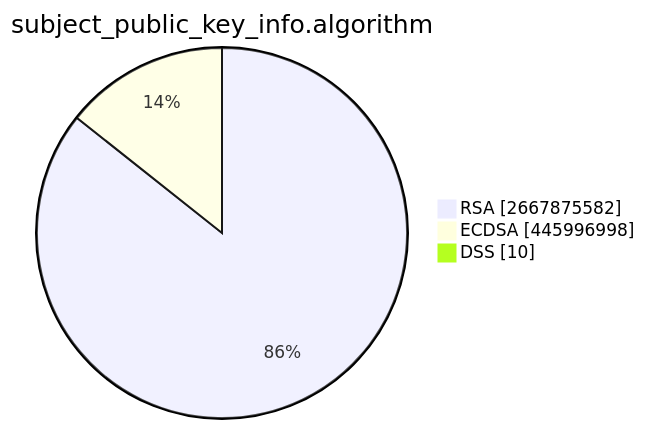
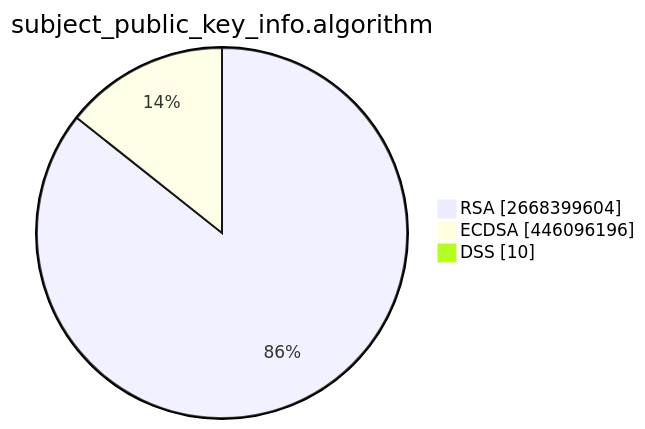
The second of 15 diagrams in TOTAL/README.md (christiankrug/ctmonitor_visualization), drawn with Mermaid before and after one commit. The commit also changed other lines of this file, not shown here.

````diff
--- a/TOTAL/README.md
+++ b/TOTAL/README.md
@@ -6,7 +6,7 @@
 ```mermaid
 pie showData
 title subject_public_key_info.algorithm
-"RSA" :2667875582
-"ECDSA" :445996998
+"RSA" :2668399604
+"ECDSA" :446096196
 "DSS" :10
 ```
````
